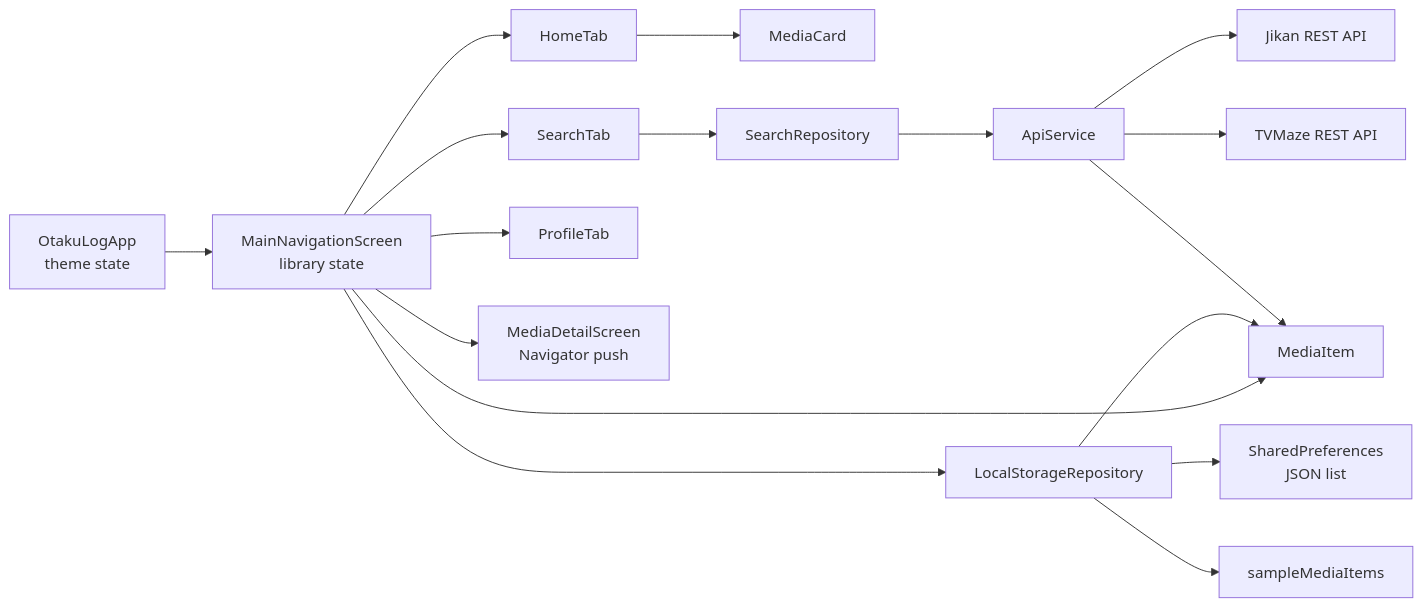
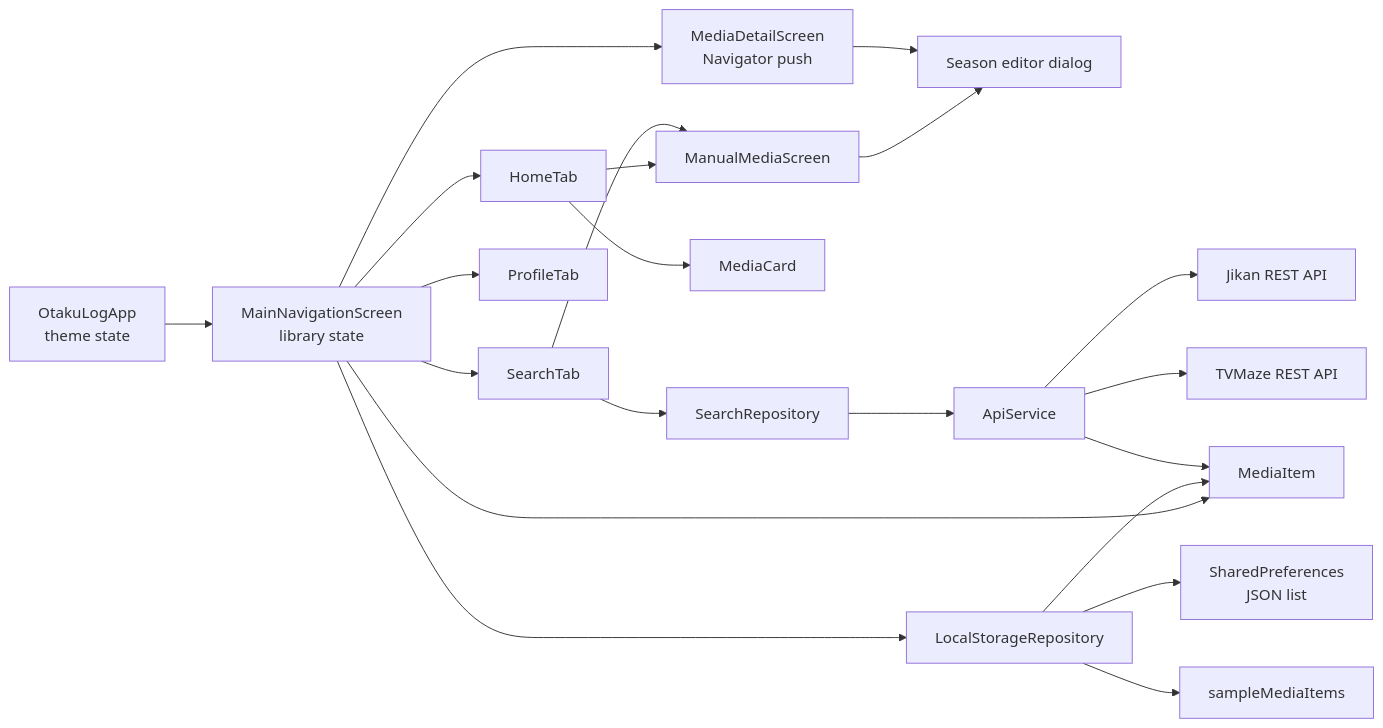
The first of 2 diagrams in docs/ARCHITECTURE.md (younes-qasempour/Episode), drawn with Mermaid before and after one commit. The commit also changed other lines of this file and 36 other files, not shown here.

First line of the commit message:
feat: Implement manual media addition and progress tracking

````diff
--- a/docs/ARCHITECTURE.md
+++ b/docs/ARCHITECTURE.md
@@ -11,19 +11,23 @@
 ```mermaid
 flowchart LR
     App["OtakuLogApp<br/>theme state"] --> Shell["MainNavigationScreen<br/>library state"]
     Shell --> Home["HomeTab"]
     Shell --> Explore["SearchTab"]
+    Explore --> Manual["ManualMediaScreen"]
+    Home --> Manual
     Shell --> Profile["ProfileTab"]
     Shell --> Detail["MediaDetailScreen<br/>Navigator push"]
+    Detail --> SeasonEditor["Season editor dialog"]
+    Manual --> SeasonEditor
     Home --> Card["MediaCard"]
     Shell --> LocalRepo["LocalStorageRepository"]
     Explore --> SearchRepo["SearchRepository"]
     SearchRepo --> API["ApiService"]
     API --> Jikan["Jikan REST API"]
     API --> TVMaze["TVMaze REST API"]
     LocalRepo --> Prefs["SharedPreferences<br/>JSON list"]
     LocalRepo --> Seed["sampleMediaItems"]
     API --> Model["MediaItem"]
     LocalRepo --> Model
     Shell --> Model
 ```
````
